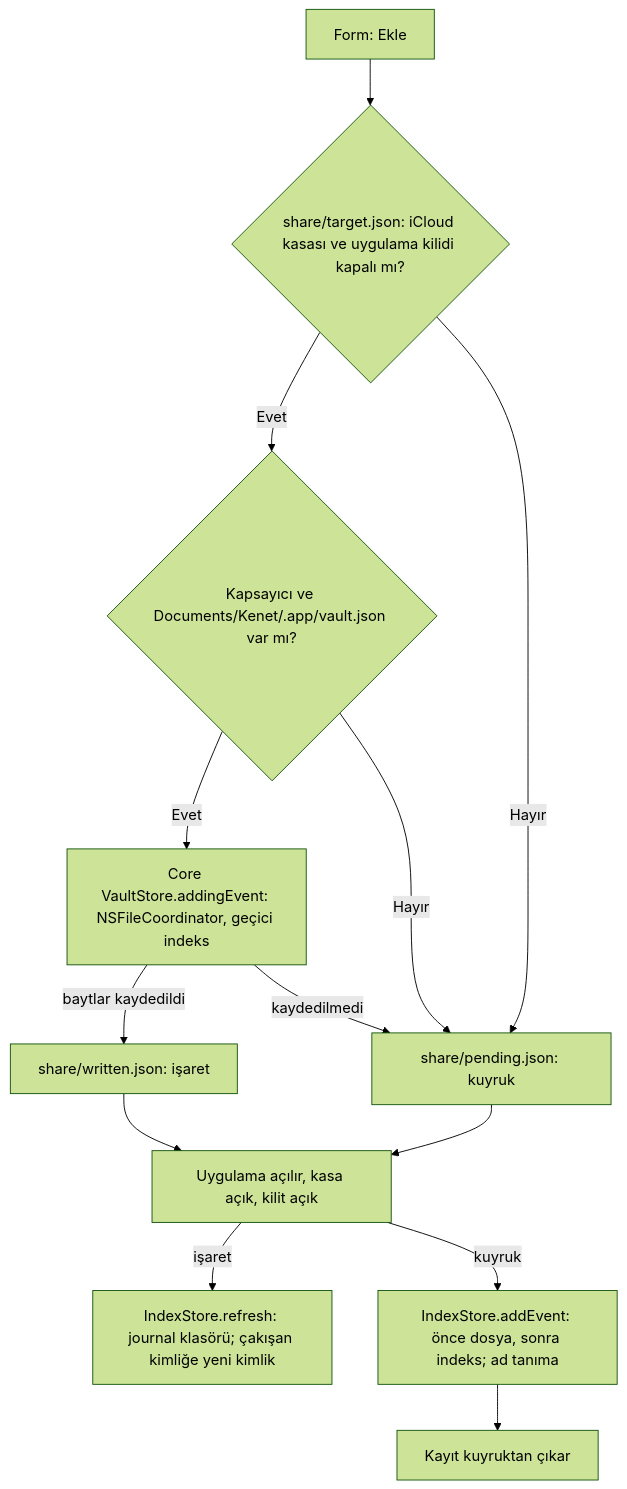
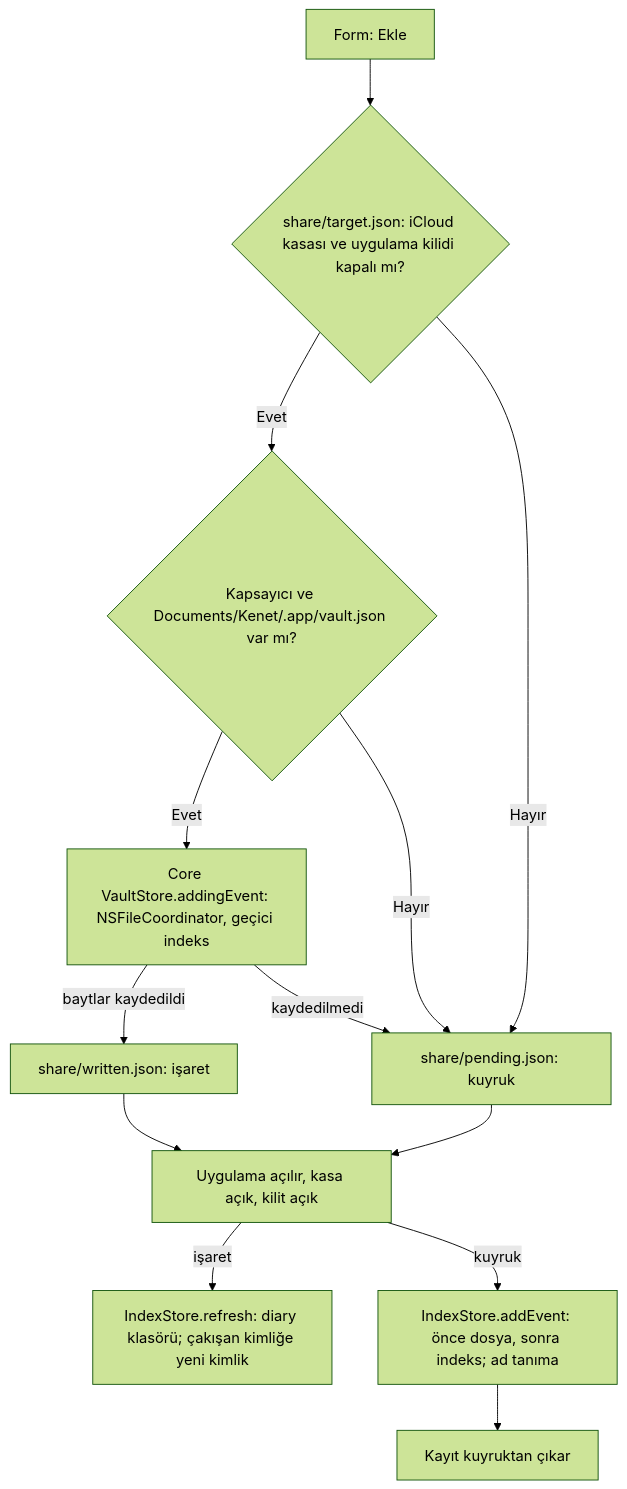
One commit to dogancanyildiz/kenet changed diagram 21 of 21 in docs/architecture.md. Above: the diagram before and after it, drawn with Mermaid (forest theme). The commit also changed other lines of this file and 1289 other files, not shown here.

First line of the commit message:
chore: Journal adı kalkar; Günlük Diary, kasa diary/ (#400)

````diff
--- a/docs/architecture.md
+++ b/docs/architecture.md
@@ -1214,15 +1233,15 @@
 ```mermaid
 flowchart TD
   Form["Form: Ekle"] --> Hedef{"share/target.json: iCloud kasası ve uygulama kilidi kapalı mı?"}
   Hedef -- Evet --> Kap{"Kapsayıcı ve Documents/Kenet/.app/vault.json var mı?"}
   Kap -- Evet --> Yaz["Core VaultStore.addingEvent: NSFileCoordinator, geçici indeks"]
   Yaz -- "baytlar kaydedildi" --> Isaret["share/written.json: işaret"]
   Yaz -- "kaydedilmedi" --> Kuyruk["share/pending.json: kuyruk"]
   Kap -- Hayır --> Kuyruk
   Hedef -- Hayır --> Kuyruk
   Isaret --> Uyg["Uygulama açılır, kasa açık, kilit açık"]
   Kuyruk --> Uyg
-  Uyg -->|"işaret"| Yenile["IndexStore.refresh: journal klasörü; çakışan kimliğe yeni kimlik"]
+  Uyg -->|"işaret"| Yenile["IndexStore.refresh: diary klasörü; çakışan kimliğe yeni kimlik"]
   Uyg -->|"kuyruk"| Ekle["IndexStore.addEvent: önce dosya, sonra indeks; ad tanıma"]
   Ekle --> Sil["Kayıt kuyruktan çıkar"]
 ```
````
